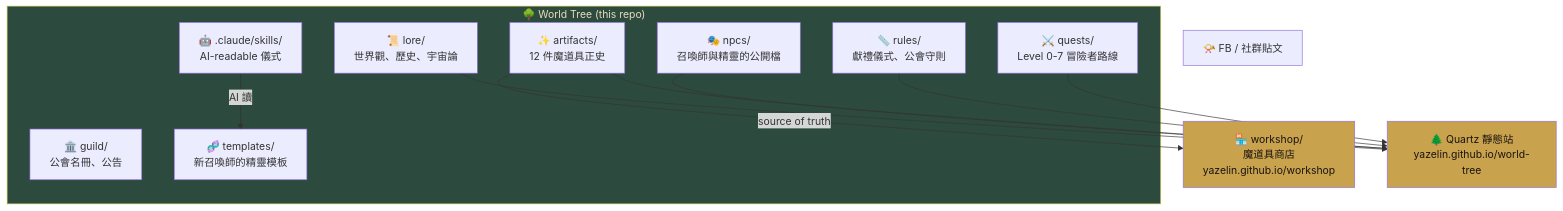
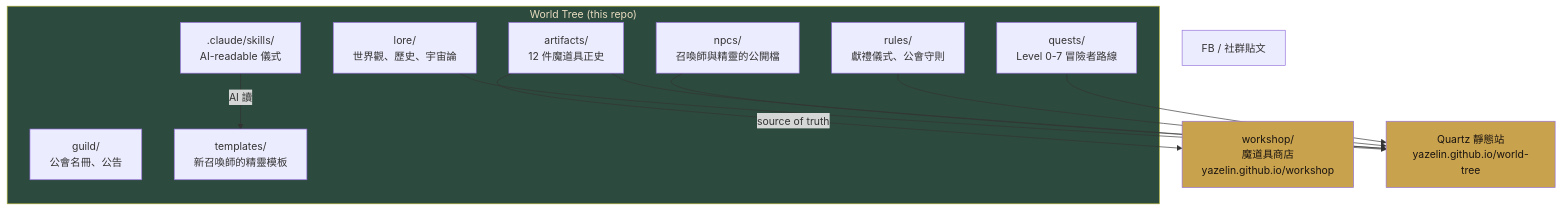
Before and after one commit to yazelin/world-tree: the diagram in README.md, drawn with Mermaid. The commit also changed other lines of this file and 33 other files, not shown here.

````diff
--- a/README.md
+++ b/README.md
@@ -22,29 +22,29 @@
 ```mermaid
 graph TB
-    subgraph WT["🌳 World Tree (this repo)"]
-        L[📜 lore/<br/>世界觀、歷史、宇宙論]
-        N[🎭 npcs/<br/>召喚師與精靈的公開檔]
-        A[✨ artifacts/<br/>12 件魔道具正史]
-        Q[⚔️ quests/<br/>Level 0-7 冒險者路線]
-        R[📏 rules/<br/>獻禮儀式、公會守則]
-        G[🏛️ guild/<br/>公會名冊、公告]
-        T[🧬 templates/<br/>新召喚師的精靈模板]
-        S[🤖 .claude/skills/<br/>AI-readable 儀式]
-    end
+ subgraph WT["World Tree (this repo)"]
+ L[lore/<br/>世界觀、歷史、宇宙論]
+ N[npcs/<br/>召喚師與精靈的公開檔]
+ A[artifacts/<br/>12 件魔道具正史]
+ Q[quests/<br/>Level 0-7 冒險者路線]
+ R[rules/<br/>獻禮儀式、公會守則]
+ G[guild/<br/>公會名冊、公告]
+ T[templates/<br/>新召喚師的精靈模板]
+ S[.claude/skills/<br/>AI-readable 儀式]
+ end
 
-    WS[🏪 workshop/<br/>魔道具商店<br/>yazelin.github.io/workshop]
-    QZ[🌲 Quartz 靜態站<br/>yazelin.github.io/world-tree]
-    FB[📯 FB / 社群貼文]
+ WS[workshop/<br/>魔道具商店<br/>yazelin.github.io/workshop]
+ QZ[Quartz 靜態站<br/>yazelin.github.io/world-tree]
+ FB[FB / 社群貼文]
 
-    A -->|source of truth| WS
-    L --> QZ
-    N --> QZ
-    A --> QZ
-    R --> QZ
-    Q --> QZ
-    S -->|AI 讀| T
+ A -->|source of truth| WS
+ L --> QZ
+ N --> QZ
+ A --> QZ
+ R --> QZ
+ Q --> QZ
+ S -->|AI 讀| T
 
-    style WT fill:#2d4a3e,color:#e8dcc0
-    style WS fill:#c9a24d,color:#1a1410
-    style QZ fill:#c9a24d,color:#1a1410
+ style WT fill:#2d4a3e,color:#e8dcc0
+ style WS fill:#c9a24d,color:#1a1410
+ style QZ fill:#c9a24d,color:#1a1410
 ```
````
